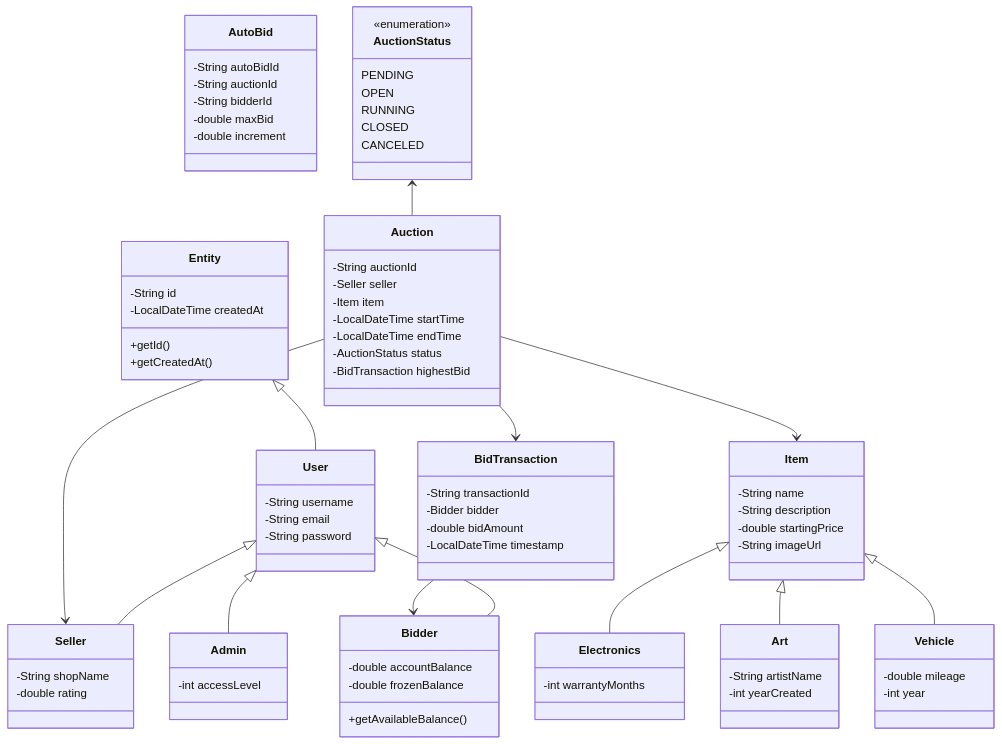
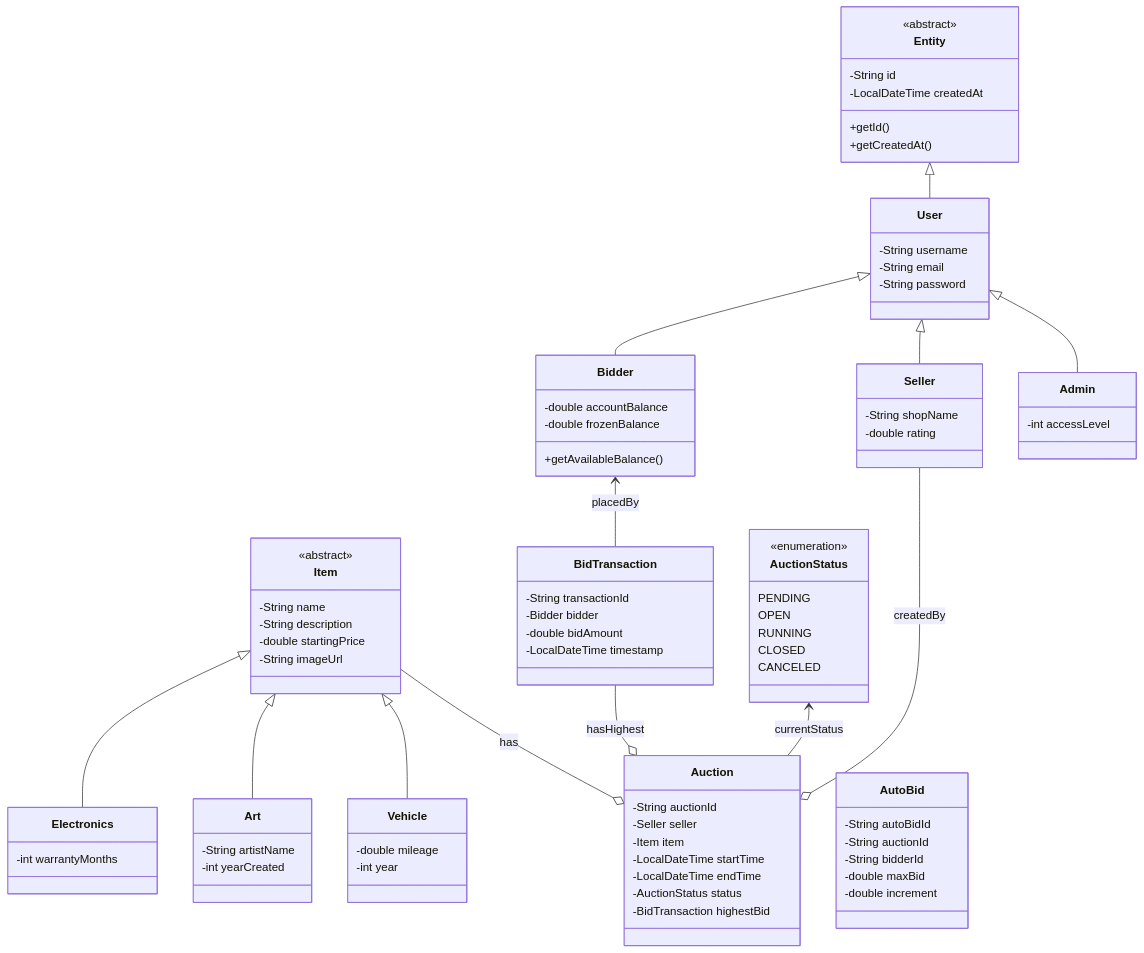
Before and after one commit to hninqk/BTLN4: the diagram in README.md, drawn with Mermaid. The commit also changed other lines of this file, not shown here.

````diff
--- a/README.md
+++ b/README.md
@@ -164,7 +100,10 @@
 ```mermaid
 classDiagram
+direction BT
 
+%% Thực thể Cốt Lõi
 class Entity {
+  <<abstract>>
   -String id
   -LocalDateTime createdAt
   +getId()
@@ -192,12 +131,14 @@
   -int accessLevel
 }
 
-Entity <|-- User
-User <|-- Bidder
-User <|-- Seller
-User <|-- Admin
+User --|> Entity
+Bidder --|> User
+Seller --|> User
+Admin --|> User
 
+%% Sản phẩm (Kế thừa Item & Factory Pattern)
 class Item {
+  <<abstract>>
   -String name
   -String description
   -double startingPrice
@@ -218,10 +159,11 @@
   -int year
 }
 
-Item <|-- Electronics
-Item <|-- Art
-Item <|-- Vehicle
+Electronics --|> Item
+Art --|> Item
+Vehicle --|> Item
 
+%% Đấu giá và Giao Dịch
 class Auction {
   -String auctionId
   -Seller seller
@@ -247,12 +189,6 @@
   -double increment
 }
 
-Auction --> Seller
-Auction --> Item
-Auction --> BidTransaction
-BidTransaction --> Bidder
-AuctionStatus <-- Auction
-
 class AuctionStatus {
   <<enumeration>>
   PENDING
@@ -261,4 +197,10 @@
   CLOSED
   CANCELED
 }
+
+Auction o-- Item : has
+Auction o-- Seller : createdBy
+Auction o-- BidTransaction : hasHighest
+Auction --> AuctionStatus : currentStatus
+BidTransaction --> Bidder : placedBy
 ```
````
